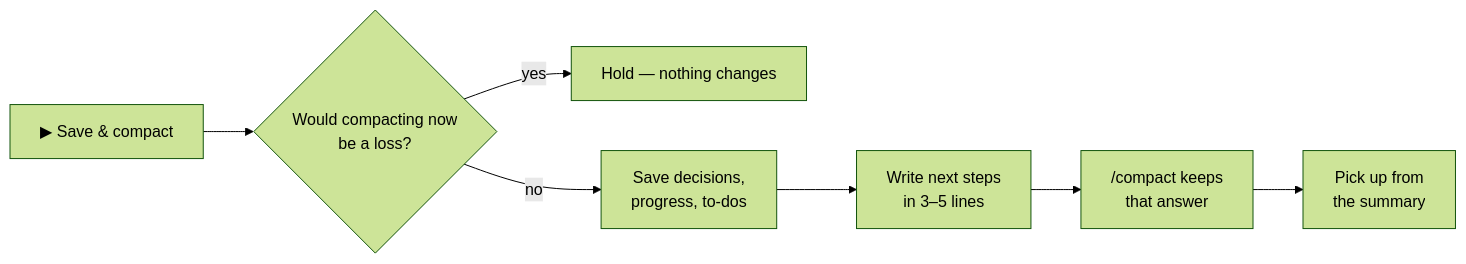
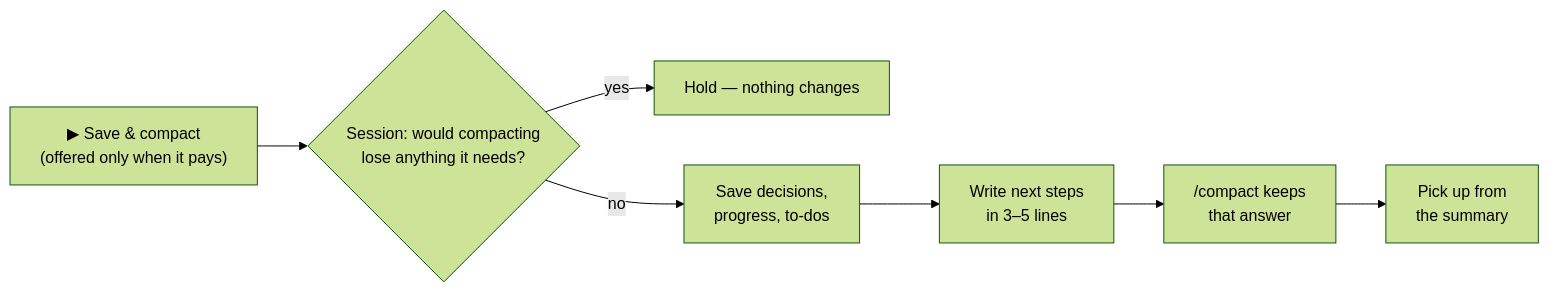
The diagram in README.md (JaeSeongHa5280/easy-compact), drawn with Mermaid (forest theme) before and after one commit. The commit also changed other lines of this file and 35 other files, not shown here.

Commit message:
0.4.1: three screens (Simple · Detailed · Custom) with a live preview · question-cost chip after each answer (Details · highlight) · keep working when compacting would cost more · new README images and demo

````diff
--- a/README.md
+++ b/README.md
@@ -168,9 +190,9 @@
 ```mermaid
 flowchart LR
-  A["▶ Save & compact"] --> B{"Would compacting now<br/>be a loss?"}
+  A["▶ Save & compact<br/>(offered only when it pays)"] --> B{"Session: would compacting<br/>lose anything it needs?"}
   B -- yes --> H["Hold — nothing changes"]
   B -- no --> C["Save decisions,<br/>progress, to-dos"]
   C --> D["Write next steps<br/>in 3–5 lines"]
   D --> E["/compact keeps<br/>that answer"]
   E --> F["Pick up from<br/>the summary"]
 ```
````
